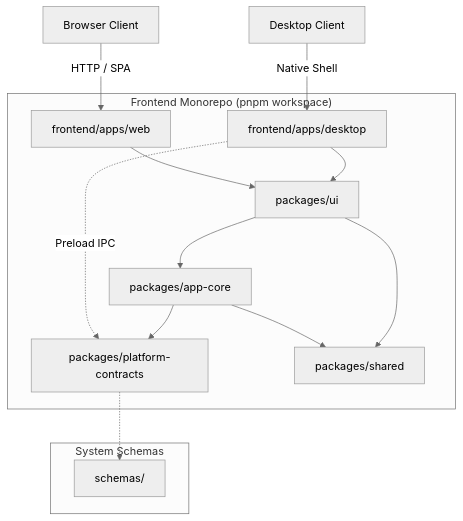
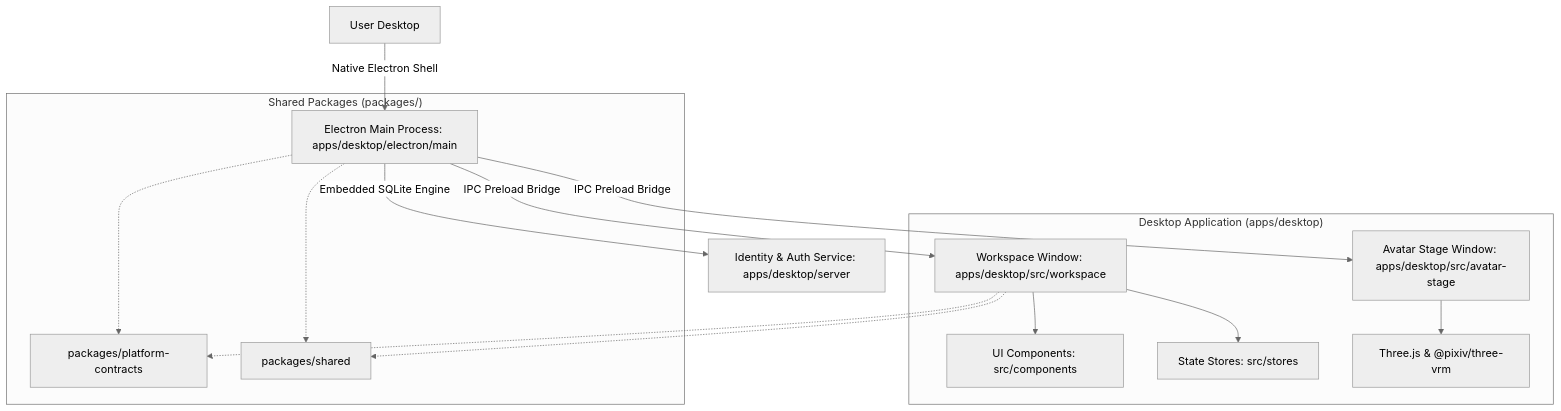
Before and after one commit to DungTran1201/YourCustomWaifu: the first of 2 diagrams in README.md, drawn with Mermaid (neutral theme). The commit also changed other lines of this file and 115 other files, not shown here.

Commit message:
refactor: restructure repository for Electron desktop app

````diff
--- a/README.md
+++ b/README.md
@@ -16,19 +16,22 @@
 ```mermaid
 graph TD
-    UserWeb[Browser Client] -->|HTTP / SPA| WebApp[frontend/apps/web]
-    UserDesktop[Desktop Client] -->|Native Shell| DesktopApp[frontend/apps/desktop]
+    User[User Desktop] -->|Native Electron Shell| MainProcess[Electron Main Process: apps/desktop/electron/main]
+    MainProcess -->|IPC Preload Bridge| Workspace[Workspace Window: apps/desktop/src/workspace]
+    MainProcess -->|IPC Preload Bridge| Stage[Avatar Stage Window: apps/desktop/src/avatar-stage]
+    MainProcess -->|Embedded SQLite Engine| AuthService[Identity & Auth Service: apps/desktop/server]
 
-    subgraph "Frontend Monorepo (pnpm workspace)"
-        WebApp --> SharedUI[packages/ui]
-        DesktopApp --> SharedUI
-        SharedUI --> AppCore[packages/app-core]
-        DesktopApp -.->|Preload IPC| PlatformContracts[packages/platform-contracts]
-        AppCore --> PlatformContracts
-        AppCore --> SharedUtils[packages/shared]
-        SharedUI --> SharedUtils
+    subgraph "Desktop Application (apps/desktop)"
+        Workspace --> VueComponents[UI Components: src/components]
+        Workspace --> AppStore[State Stores: src/stores]
+        Stage --> ThreeVRM[Three.js & @pixiv/three-vrm]
     end
 
-    subgraph "System Schemas"
-        PlatformContracts -.-> Schemas[schemas/]
+    subgraph "Shared Packages (packages/)"
+        PlatformContracts[packages/platform-contracts]
+        SharedConstants[packages/shared]
+        Workspace -.-> PlatformContracts
+        MainProcess -.-> PlatformContracts
+        Workspace -.-> SharedConstants
+        MainProcess -.-> SharedConstants
     end
 ```
````
